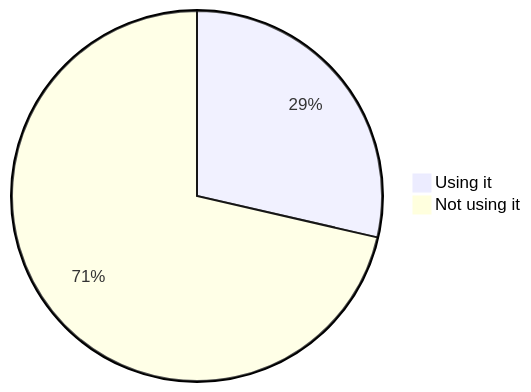
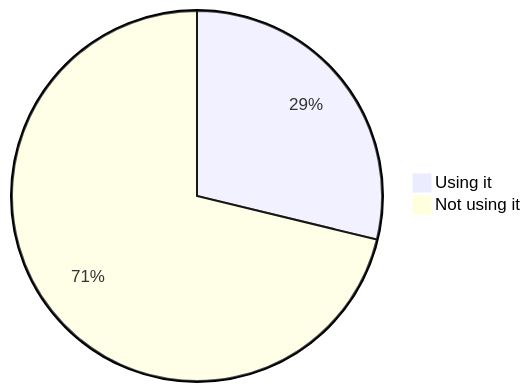
Before and after one commit to oshp/oshp-stats: diagram 16 of 22 in stats.md, drawn with Mermaid. The commit also changed other lines of this file, not shown here.

````diff
--- a/stats.md
+++ b/stats.md
@@ -190,6 +190,6 @@
 ```mermaid
 pie
-	"Using it" : 28.59
-	"Not using it" : 71.41
+	"Using it" : 28.78
+	"Not using it" : 71.22
 
 ```
````
